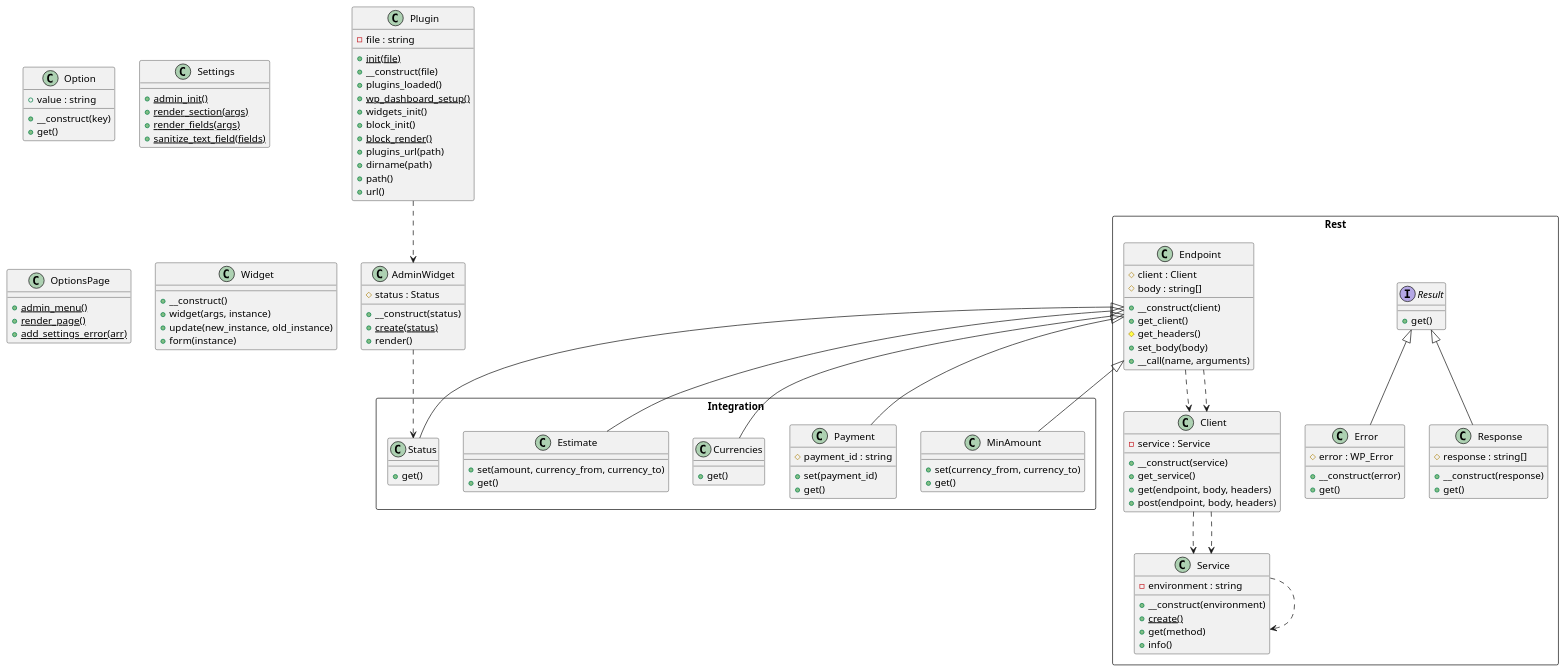
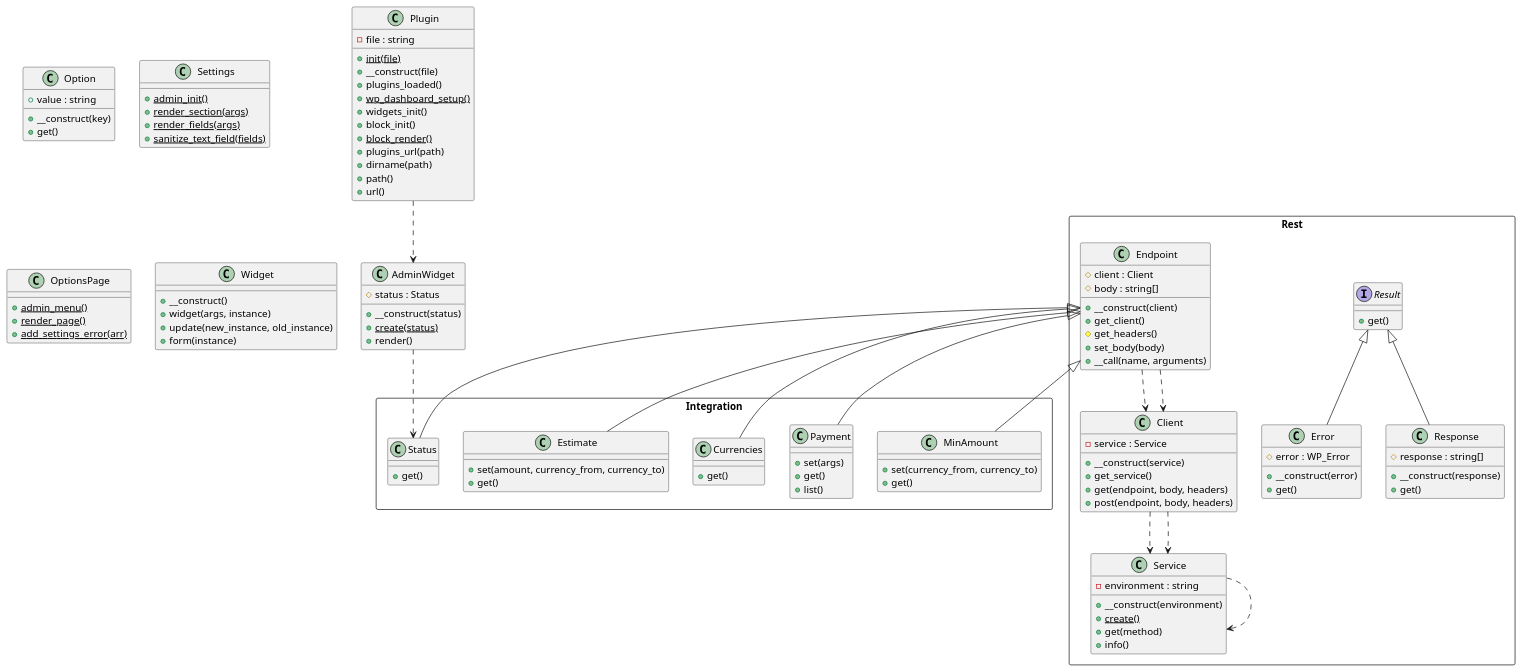
The diagram in plantuml_gist.puml (lloc/wp-nowpayments-integration), drawn with PlantUML before and after one commit. The commit also changed 3 other files, not shown here.

Commit message:
Payment list added & tested

```diff
--- a/plantuml_gist.puml
+++ b/plantuml_gist.puml
@@ -1,117 +1,117 @@
 @startuml class-diagram
   class Option {
     +value : string
     +__construct(key)
     +get()
   }
   class Settings {
     {static} +admin_init()
     {static} +render_section(args)
     {static} +render_fields(args)
     {static} +sanitize_text_field(fields)
   }
   class Plugin {
     -file : string
     {static} +init(file)
     +__construct(file)
     +plugins_loaded()
     {static} +wp_dashboard_setup()
     +widgets_init()
     +block_init()
     {static} +block_render()
     +plugins_url(path)
     +dirname(path)
     +path()
     +url()
   }
   class AdminWidget {
     #status : Status
     +__construct(status)
     {static} +create(status)
     +render()
   }
   class OptionsPage {
     {static} +admin_menu()
     {static} +render_page()
     {static} +add_settings_error(arr)
   }
   class Widget {
     +__construct()
     +widget(args, instance)
     +update(new_instance, old_instance)
     +form(instance)
   }
   package Integration as Integration <<Rectangle>> {
     class Integration.Status {
       +get()
     }
     class Integration.Payment {
-      #payment_id : string
-      +set(payment_id)
+      +set(args)
       +get()
+      +list()
     }
     class Integration.Currencies {
       +get()
     }
     class Integration.Estimate {
       +set(amount, currency_from, currency_to)
       +get()
     }
     class Integration.MinAmount {
       +set(currency_from, currency_to)
       +get()
     }
   }
   package Rest as Rest <<Rectangle>> {
     interface Rest.Result {
       +get()
     }
     class Rest.Error {
       #error : WP_Error
       +__construct(error)
       +get()
     }
     class Rest.Service {
       -environment : string
       +__construct(environment)
       {static} +create()
       +get(method)
       +info()
     }
     class Rest.Client {
       -service : Service
       +__construct(service)
       +get_service()
       +get(endpoint, body, headers)
       +post(endpoint, body, headers)
     }
     class Rest.Response {
       #response : string[]
       +__construct(response)
       +get()
     }
     class Rest.Endpoint {
       #client : Client
       #body : string[]
       +__construct(client)
       +get_client()
       #get_headers()
       +set_body(body)
       +__call(name, arguments)
     }
   }
   AdminWidget ..> Integration.Status
   Plugin ..> AdminWidget
   Rest.Client ..> Rest.Service
   Rest.Client ..> Rest.Service
   Rest.Endpoint ..> Rest.Client
   Rest.Endpoint ..> Rest.Client
   Rest.Endpoint <|-- Integration.Currencies
   Rest.Endpoint <|-- Integration.Estimate
   Rest.Endpoint <|-- Integration.MinAmount
   Rest.Endpoint <|-- Integration.Payment
   Rest.Endpoint <|-- Integration.Status
   Rest.Result <|-- Rest.Error
   Rest.Result <|-- Rest.Response
   Rest.Service ..> Rest.Service
 @enduml
```
